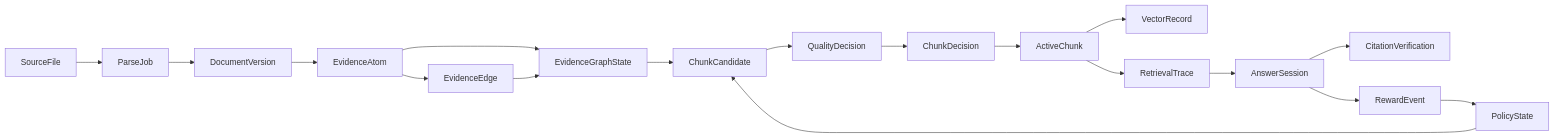
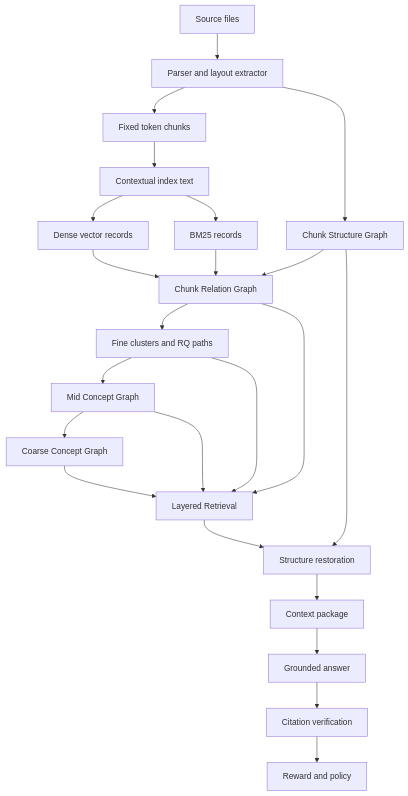
The first of 10 diagrams in docs/technical-spec.md (Sggggt/SymboGraph), drawn with Mermaid before and after one commit. The commit also changed other lines of this file and 123 other files, not shown here.

````diff
--- a/docs/technical-spec.md
+++ b/docs/technical-spec.md
@@ -52,20 +59,25 @@
 ```mermaid
-flowchart LR
-    F["SourceFile"] --> J["ParseJob"]
-    J --> DV["DocumentVersion"]
-    DV --> A["EvidenceAtom"]
-    A --> E["EvidenceEdge"]
-    A --> G["EvidenceGraphState"]
-    E --> G
-    G --> C["ChunkCandidate"]
-    C --> Q["QualityDecision"]
-    Q --> D["ChunkDecision"]
-    D --> X["ActiveChunk"]
-    X --> V["VectorRecord"]
-    X --> T["RetrievalTrace"]
-    T --> S["AnswerSession"]
-    S --> CV["CitationVerification"]
-    S --> RE["RewardEvent"]
-    RE --> PS["PolicyState"]
-    PS --> C
+flowchart TB
+    F["Source files"] --> P["Parser and layout extractor"]
+    P --> C["Fixed token chunks"]
+    P --> S["Chunk Structure Graph"]
+    C --> X["Contextual index text"]
+    X --> V["Dense vector records"]
+    X --> B["BM25 records"]
+    V --> R["Chunk Relation Graph"]
+    B --> R
+    S --> R
+    R --> FC["Fine clusters and RQ paths"]
+    FC --> M["Mid Concept Graph"]
+    M --> K["Coarse Concept Graph"]
+    K --> L["Layered Retrieval"]
+    M --> L
+    FC --> L
+    R --> L
+    S --> H["Structure restoration"]
+    L --> H
+    H --> CP["Context package"]
+    CP --> A["Grounded answer"]
+    A --> CV["Citation verification"]
+    CV --> Q["Reward and policy"]
 ```
````
